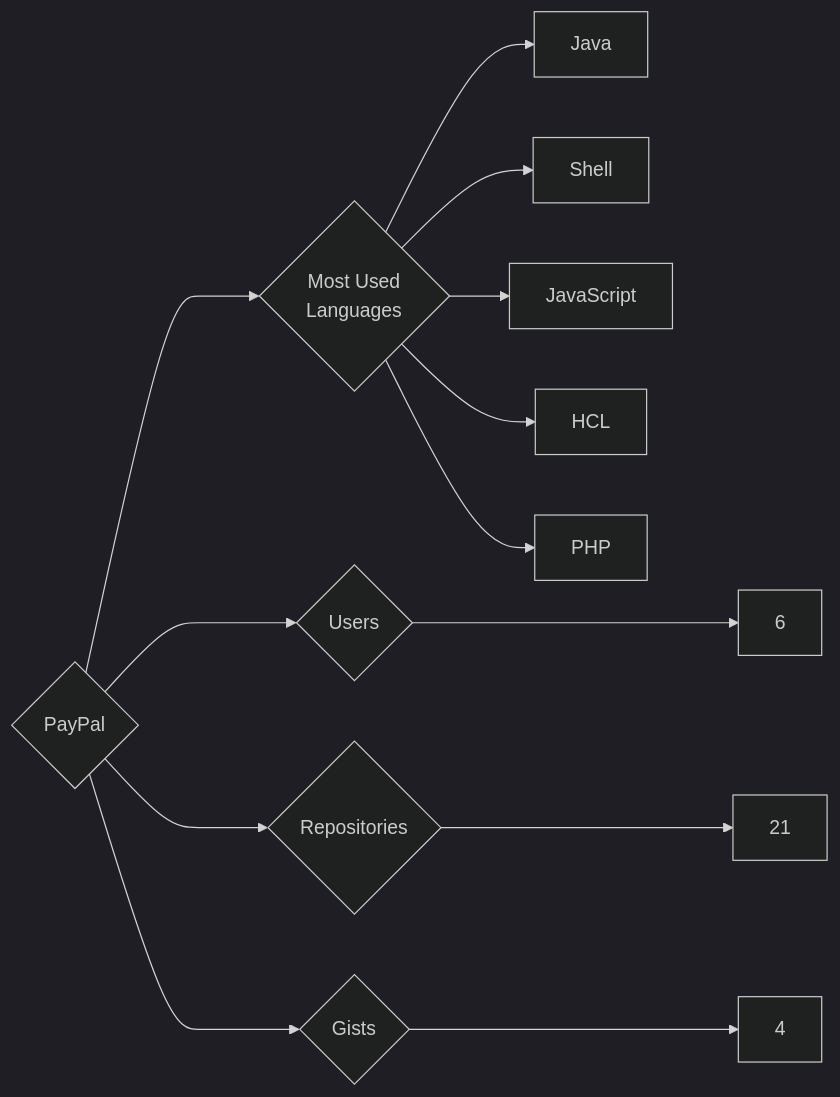
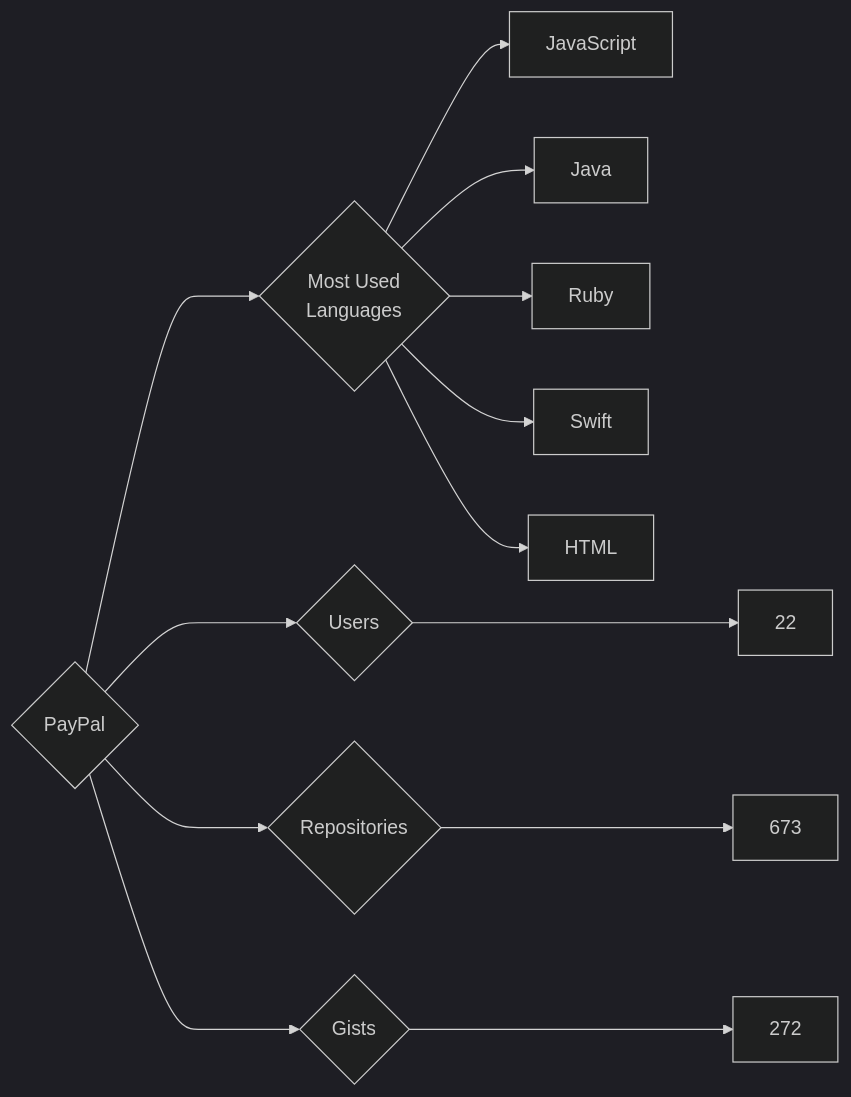
Before and after one commit to trickest/insiders: the diagram in targets/PayPal/README.md, drawn with Mermaid (dark theme). The commit also changed 796 other files, not shown here.

````diff
--- a/targets/PayPal/README.md
+++ b/targets/PayPal/README.md
@@ -3,13 +3,13 @@
 ```mermaid
 graph LR
 COMPANY_NAME{PayPal}
-COMPANY_NAME ---> U{Users} ---> UN[6]
-COMPANY_NAME ---> R{Repositories} ---> RN[21]
-COMPANY_NAME ---> G{Gists} ---> GN[4]
+COMPANY_NAME ---> U{Users} ---> UN[22]
+COMPANY_NAME ---> R{Repositories} ---> RN[673]
+COMPANY_NAME ---> G{Gists} ---> GN[272]
 COMPANY_NAME ---> ML{Most Used<br>Languages}
+ML --> JavaScript[JavaScript]
 ML --> Java[Java]
-ML --> Shell[Shell]
-ML --> JavaScript[JavaScript]
-ML --> HCL[HCL]
-ML --> PHP[PHP]
+ML --> Ruby[Ruby]
+ML --> Swift[Swift]
+ML --> HTML[HTML]
 ```
````
